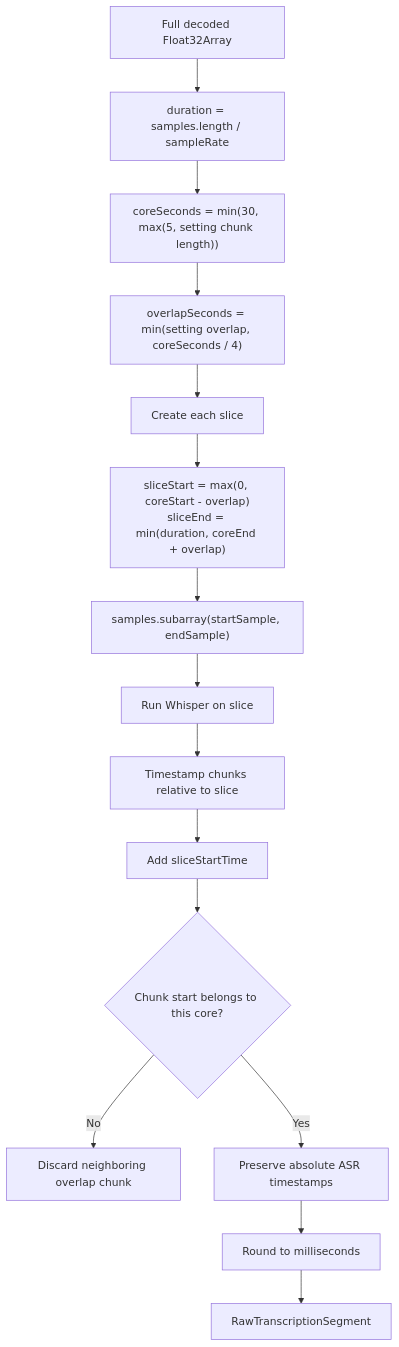
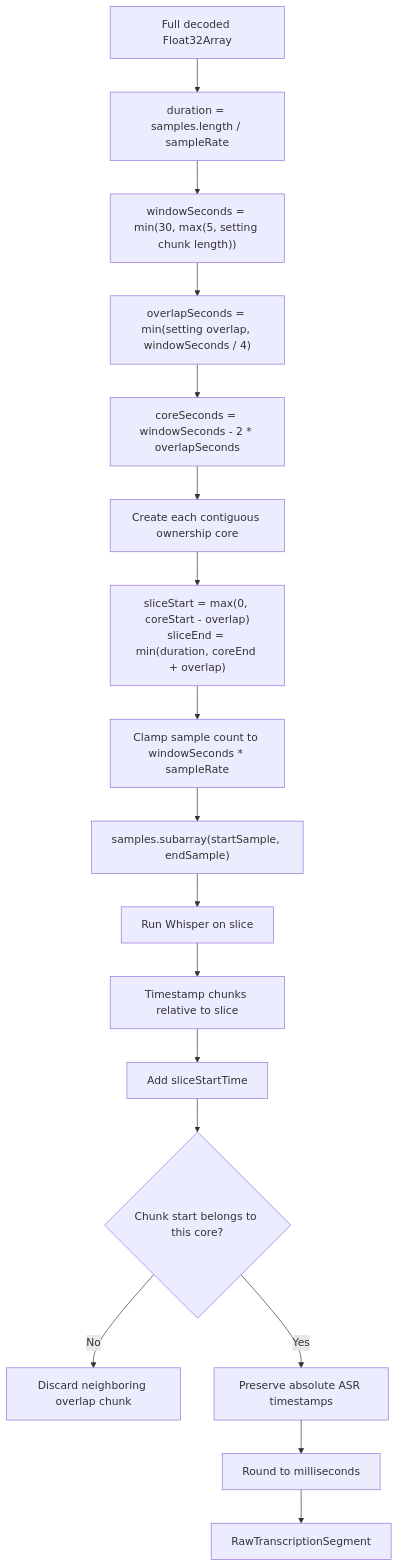
One commit to zxyandreay/auto-subtitle changed the seventh of 17 diagrams in docs/project-state.md. Above: the diagram before and after it, drawn with Mermaid. The commit also changed other lines of this file and 4 other files, not shown here.

````diff
--- a/docs/project-state.md
+++ b/docs/project-state.md
@@ -562,17 +563,19 @@
 ```mermaid
 flowchart TD
     Audio["Full decoded Float32Array"] --> Duration["duration = samples.length / sampleRate"]
-    Duration --> Core["coreSeconds = min(30, max(5, setting chunk length))"]
-    Core --> Overlap["overlapSeconds = min(setting overlap, coreSeconds / 4)"]
-    Overlap --> SliceLoop["Create each slice"]
+    Duration --> Window["windowSeconds = min(30, max(5, setting chunk length))"]
+    Window --> Overlap["overlapSeconds = min(setting overlap, windowSeconds / 4)"]
+    Overlap --> Core["coreSeconds = windowSeconds - 2 * overlapSeconds"]
+    Core --> SliceLoop["Create each contiguous ownership core"]
     SliceLoop --> Slice["sliceStart = max(0, coreStart - overlap)\nsliceEnd = min(duration, coreEnd + overlap)"]
-    Slice --> Samples["samples.subarray(startSample, endSample)"]
+    Slice --> Limit["Clamp sample count to windowSeconds * sampleRate"]
+    Limit --> Samples["samples.subarray(startSample, endSample)"]
     Samples --> Model["Run Whisper on slice"]
     Model --> Chunks["Timestamp chunks relative to slice"]
     Chunks --> Offset["Add sliceStartTime"]
     Offset --> Owner{"Chunk start belongs to this core?"}
     Owner -->|No| Discard["Discard neighboring overlap chunk"]
     Owner -->|Yes| Preserve["Preserve absolute ASR timestamps"]
     Preserve --> Round["Round to milliseconds"]
     Round --> Segment["RawTranscriptionSegment"]
 ```
````
